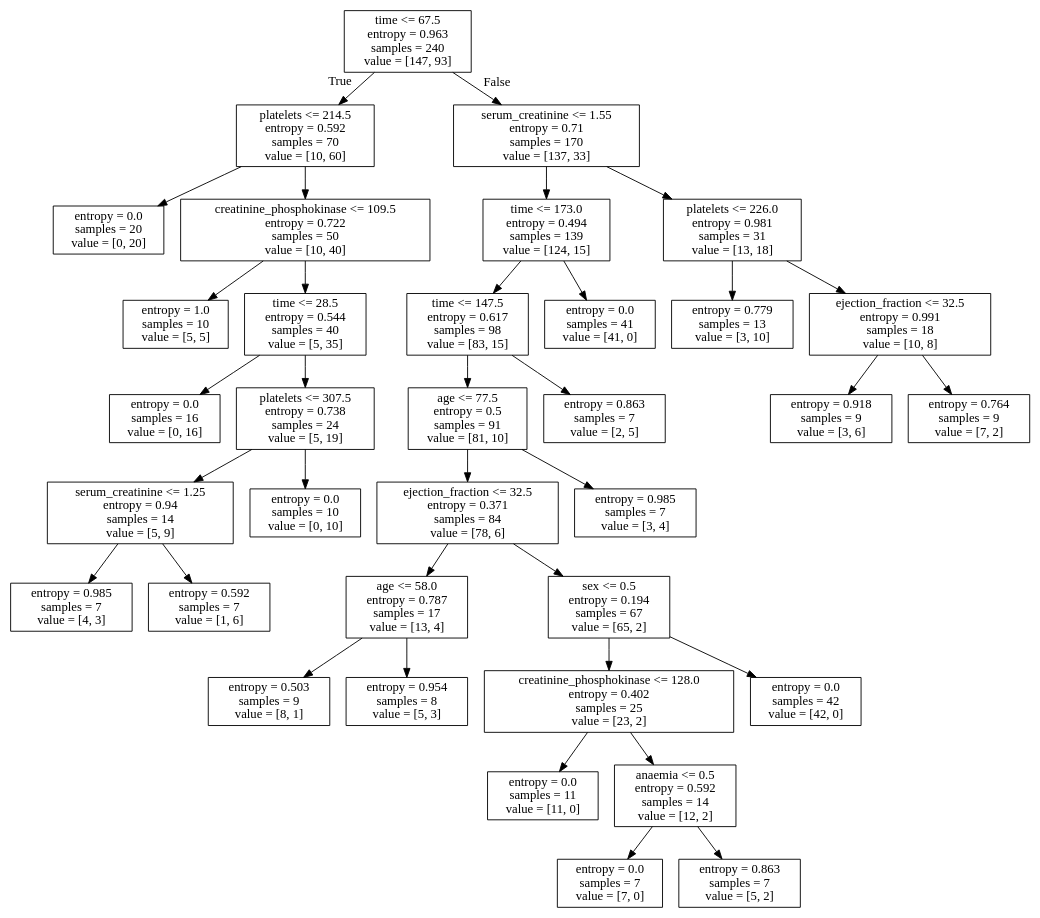
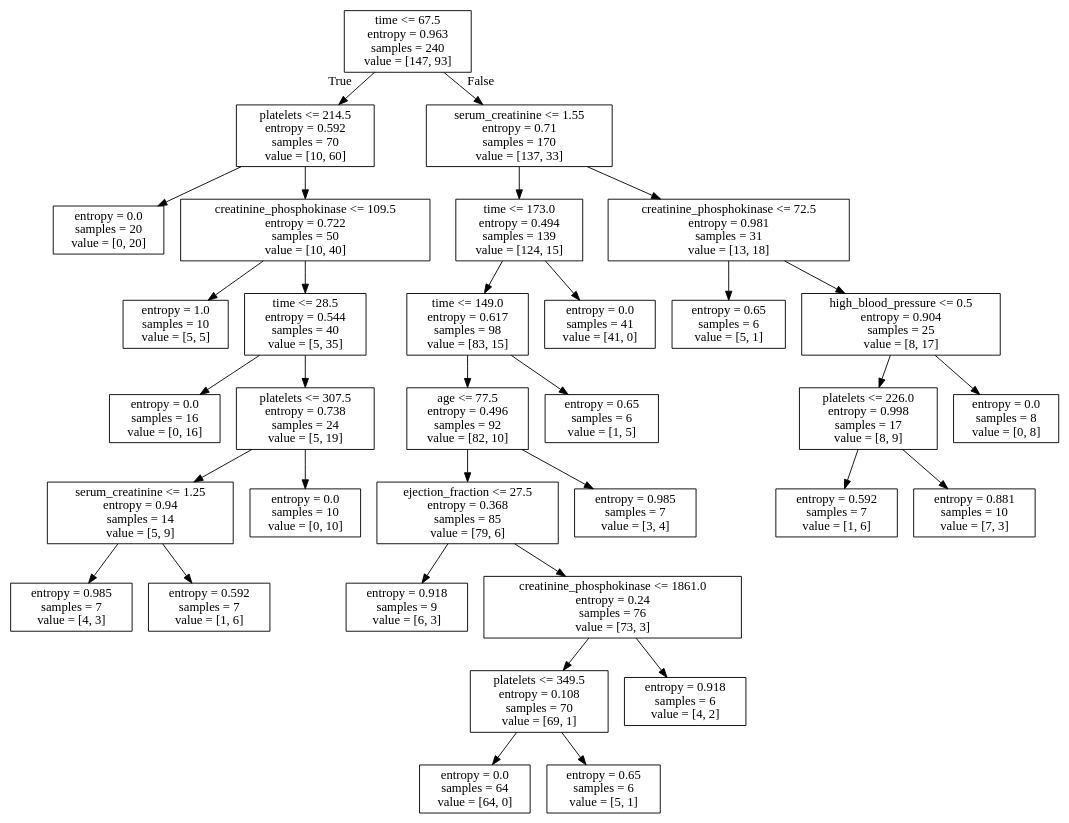
The diagram in mytree.dot (shantanu779/data_science), drawn with Graphviz before and after one commit. The commit also changed 1 other file, not shown here.

```diff
--- a/mytree.dot
+++ b/mytree.dot
@@ -1,72 +1,68 @@
 digraph Tree {
 node [shape=box] ;
 0 [label="time <= 67.5\nentropy = 0.963\nsamples = 240\nvalue = [147, 93]"] ;
 1 [label="platelets <= 214.5\nentropy = 0.592\nsamples = 70\nvalue = [10, 60]"] ;
 0 -> 1 [labeldistance=2.5, labelangle=45, headlabel="True"] ;
 2 [label="entropy = 0.0\nsamples = 20\nvalue = [0, 20]"] ;
 1 -> 2 ;
 3 [label="creatinine_phosphokinase <= 109.5\nentropy = 0.722\nsamples = 50\nvalue = [10, 40]"] ;
 1 -> 3 ;
 4 [label="entropy = 1.0\nsamples = 10\nvalue = [5, 5]"] ;
 3 -> 4 ;
 5 [label="time <= 28.5\nentropy = 0.544\nsamples = 40\nvalue = [5, 35]"] ;
 3 -> 5 ;
 6 [label="entropy = 0.0\nsamples = 16\nvalue = [0, 16]"] ;
 5 -> 6 ;
 7 [label="platelets <= 307.5\nentropy = 0.738\nsamples = 24\nvalue = [5, 19]"] ;
 5 -> 7 ;
 8 [label="serum_creatinine <= 1.25\nentropy = 0.94\nsamples = 14\nvalue = [5, 9]"] ;
 7 -> 8 ;
 9 [label="entropy = 0.985\nsamples = 7\nvalue = [4, 3]"] ;
 8 -> 9 ;
 10 [label="entropy = 0.592\nsamples = 7\nvalue = [1, 6]"] ;
 8 -> 10 ;
 11 [label="entropy = 0.0\nsamples = 10\nvalue = [0, 10]"] ;
 7 -> 11 ;
 12 [label="serum_creatinine <= 1.55\nentropy = 0.71\nsamples = 170\nvalue = [137, 33]"] ;
 0 -> 12 [labeldistance=2.5, labelangle=-45, headlabel="False"] ;
 13 [label="time <= 173.0\nentropy = 0.494\nsamples = 139\nvalue = [124, 15]"] ;
 12 -> 13 ;
-14 [label="time <= 147.5\nentropy = 0.617\nsamples = 98\nvalue = [83, 15]"] ;
+14 [label="time <= 149.0\nentropy = 0.617\nsamples = 98\nvalue = [83, 15]"] ;
 13 -> 14 ;
-15 [label="age <= 77.5\nentropy = 0.5\nsamples = 91\nvalue = [81, 10]"] ;
+15 [label="age <= 77.5\nentropy = 0.496\nsamples = 92\nvalue = [82, 10]"] ;
 14 -> 15 ;
-16 [label="ejection_fraction <= 32.5\nentropy = 0.371\nsamples = 84\nvalue = [78, 6]"] ;
+16 [label="ejection_fraction <= 27.5\nentropy = 0.368\nsamples = 85\nvalue = [79, 6]"] ;
 15 -> 16 ;
-17 [label="age <= 58.0\nentropy = 0.787\nsamples = 17\nvalue = [13, 4]"] ;
+17 [label="entropy = 0.918\nsamples = 9\nvalue = [6, 3]"] ;
 16 -> 17 ;
-18 [label="entropy = 0.503\nsamples = 9\nvalue = [8, 1]"] ;
-17 -> 18 ;
-19 [label="entropy = 0.954\nsamples = 8\nvalue = [5, 3]"] ;
-17 -> 19 ;
-20 [label="sex <= 0.5\nentropy = 0.194\nsamples = 67\nvalue = [65, 2]"] ;
-16 -> 20 ;
-21 [label="creatinine_phosphokinase <= 128.0\nentropy = 0.402\nsamples = 25\nvalue = [23, 2]"] ;
-20 -> 21 ;
-22 [label="entropy = 0.0\nsamples = 11\nvalue = [11, 0]"] ;
-21 -> 22 ;
-23 [label="anaemia <= 0.5\nentropy = 0.592\nsamples = 14\nvalue = [12, 2]"] ;
-21 -> 23 ;
-24 [label="entropy = 0.0\nsamples = 7\nvalue = [7, 0]"] ;
-23 -> 24 ;
-25 [label="entropy = 0.863\nsamples = 7\nvalue = [5, 2]"] ;
-23 -> 25 ;
-26 [label="entropy = 0.0\nsamples = 42\nvalue = [42, 0]"] ;
-20 -> 26 ;
-27 [label="entropy = 0.985\nsamples = 7\nvalue = [3, 4]"] ;
-15 -> 27 ;
-28 [label="entropy = 0.863\nsamples = 7\nvalue = [2, 5]"] ;
-14 -> 28 ;
-29 [label="entropy = 0.0\nsamples = 41\nvalue = [41, 0]"] ;
-13 -> 29 ;
-30 [label="platelets <= 226.0\nentropy = 0.981\nsamples = 31\nvalue = [13, 18]"] ;
-12 -> 30 ;
-31 [label="entropy = 0.779\nsamples = 13\nvalue = [3, 10]"] ;
-30 -> 31 ;
-32 [label="ejection_fraction <= 32.5\nentropy = 0.991\nsamples = 18\nvalue = [10, 8]"] ;
-30 -> 32 ;
-33 [label="entropy = 0.918\nsamples = 9\nvalue = [3, 6]"] ;
-32 -> 33 ;
-34 [label="entropy = 0.764\nsamples = 9\nvalue = [7, 2]"] ;
-32 -> 34 ;
+18 [label="creatinine_phosphokinase <= 1861.0\nentropy = 0.24\nsamples = 76\nvalue = [73, 3]"] ;
+16 -> 18 ;
+19 [label="platelets <= 349.5\nentropy = 0.108\nsamples = 70\nvalue = [69, 1]"] ;
+18 -> 19 ;
+20 [label="entropy = 0.0\nsamples = 64\nvalue = [64, 0]"] ;
+19 -> 20 ;
+21 [label="entropy = 0.65\nsamples = 6\nvalue = [5, 1]"] ;
+19 -> 21 ;
+22 [label="entropy = 0.918\nsamples = 6\nvalue = [4, 2]"] ;
+18 -> 22 ;
+23 [label="entropy = 0.985\nsamples = 7\nvalue = [3, 4]"] ;
+15 -> 23 ;
+24 [label="entropy = 0.65\nsamples = 6\nvalue = [1, 5]"] ;
+14 -> 24 ;
+25 [label="entropy = 0.0\nsamples = 41\nvalue = [41, 0]"] ;
+13 -> 25 ;
+26 [label="creatinine_phosphokinase <= 72.5\nentropy = 0.981\nsamples = 31\nvalue = [13, 18]"] ;
+12 -> 26 ;
+27 [label="entropy = 0.65\nsamples = 6\nvalue = [5, 1]"] ;
+26 -> 27 ;
+28 [label="high_blood_pressure <= 0.5\nentropy = 0.904\nsamples = 25\nvalue = [8, 17]"] ;
+26 -> 28 ;
+29 [label="platelets <= 226.0\nentropy = 0.998\nsamples = 17\nvalue = [8, 9]"] ;
+28 -> 29 ;
+30 [label="entropy = 0.592\nsamples = 7\nvalue = [1, 6]"] ;
+29 -> 30 ;
+31 [label="entropy = 0.881\nsamples = 10\nvalue = [7, 3]"] ;
+29 -> 31 ;
+32 [label="entropy = 0.0\nsamples = 8\nvalue = [0, 8]"] ;
+28 -> 32 ;
 }
```
